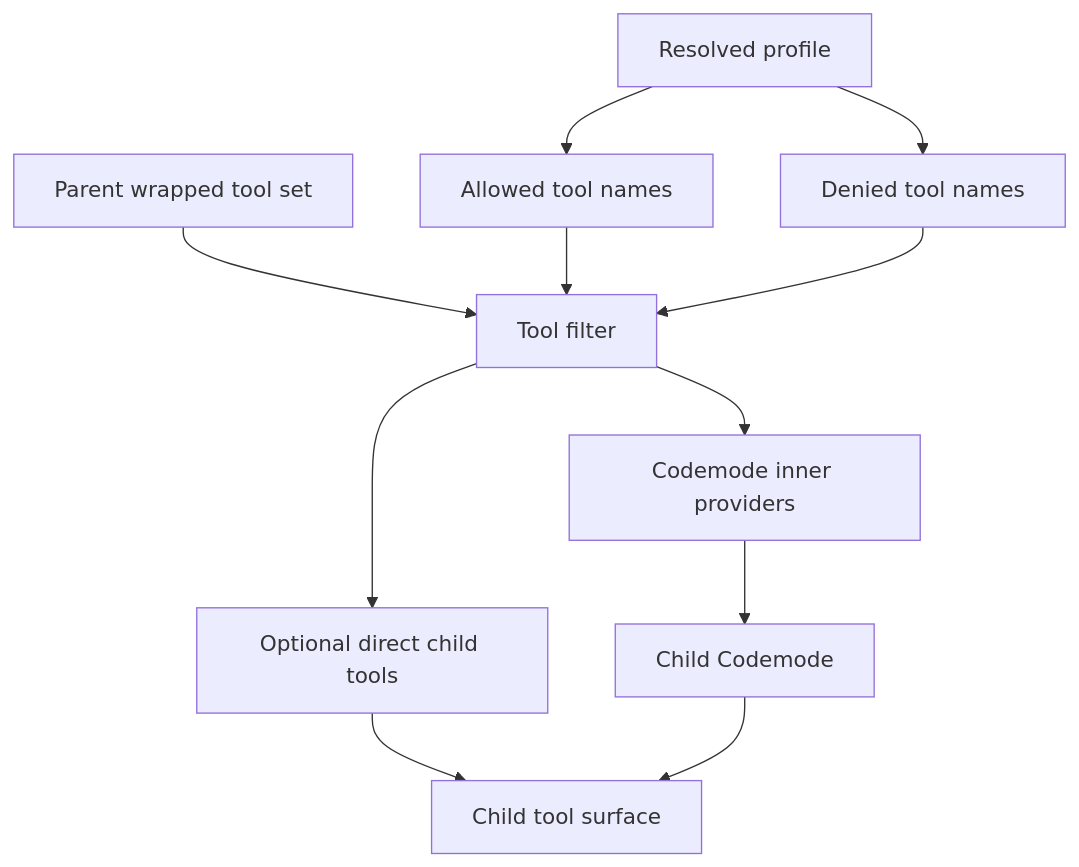
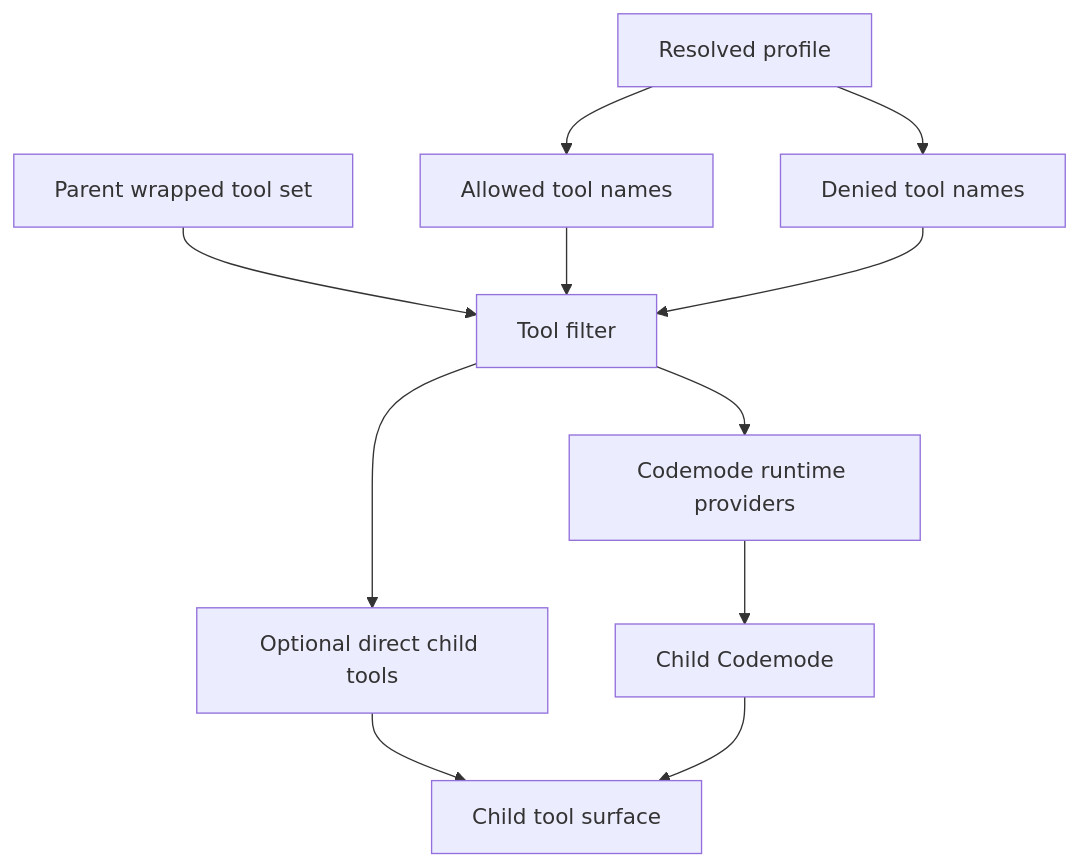
One commit to jbreite/bashkit changed the fifth of 6 diagrams in docs/plans/2026-06-15-001-feat-subagent-foundation-plan.md. Above: the diagram before and after it, drawn with Mermaid. The commit also changed other lines of this file and 8 other files, not shown here.

Commit message:
Rename inner tools to runtime tools

````diff
--- a/docs/plans/2026-06-15-001-feat-subagent-foundation-plan.md
+++ b/docs/plans/2026-06-15-001-feat-subagent-foundation-plan.md
@@ -522,13 +522,13 @@
 ```mermaid
 flowchart TB
   Profile["Resolved profile"] --> Allowlist["Allowed tool names"]
   Profile --> Denylist["Denied tool names"]
   ParentTools["Parent wrapped tool set"] --> Filter["Tool filter"]
   Allowlist --> Filter
   Denylist --> Filter
   Filter --> Direct["Optional direct child tools"]
-  Filter --> Providers["Codemode inner providers"]
+  Filter --> Providers["Codemode runtime providers"]
   Providers --> ChildCodemode["Child Codemode"]
   Direct --> ChildSurface["Child tool surface"]
   ChildCodemode --> ChildSurface
 ```
````
